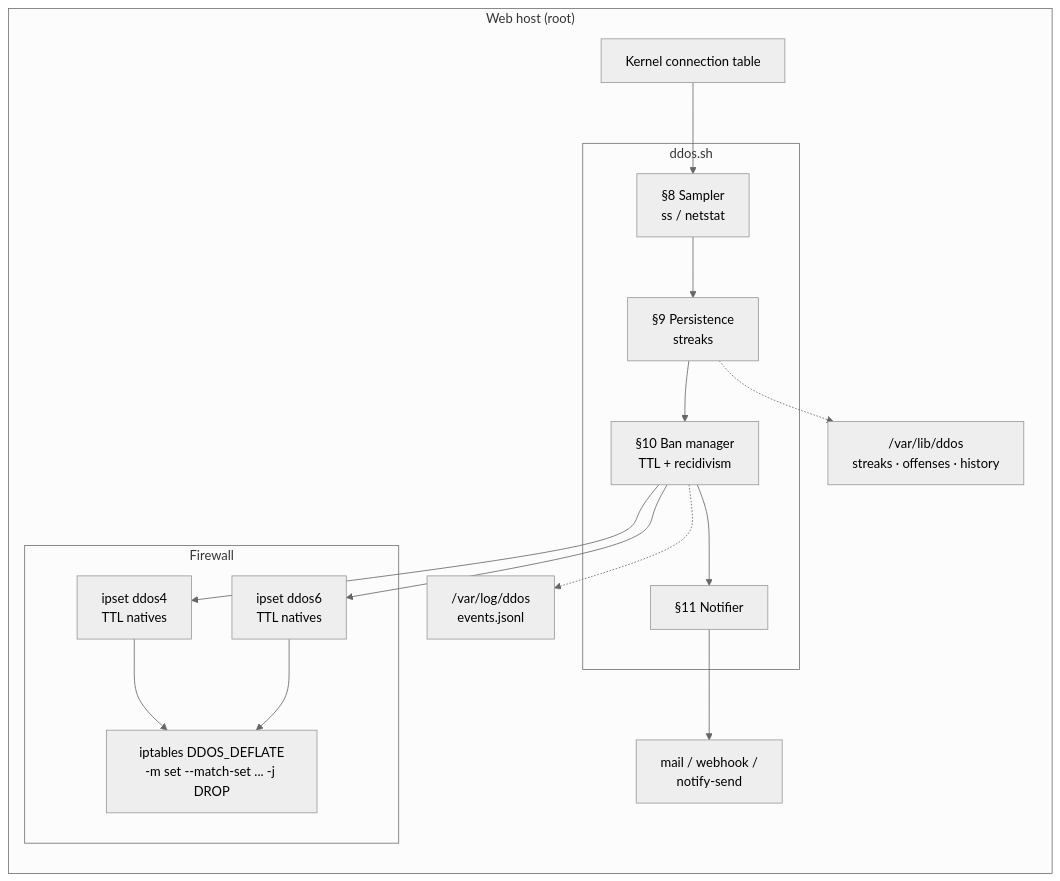
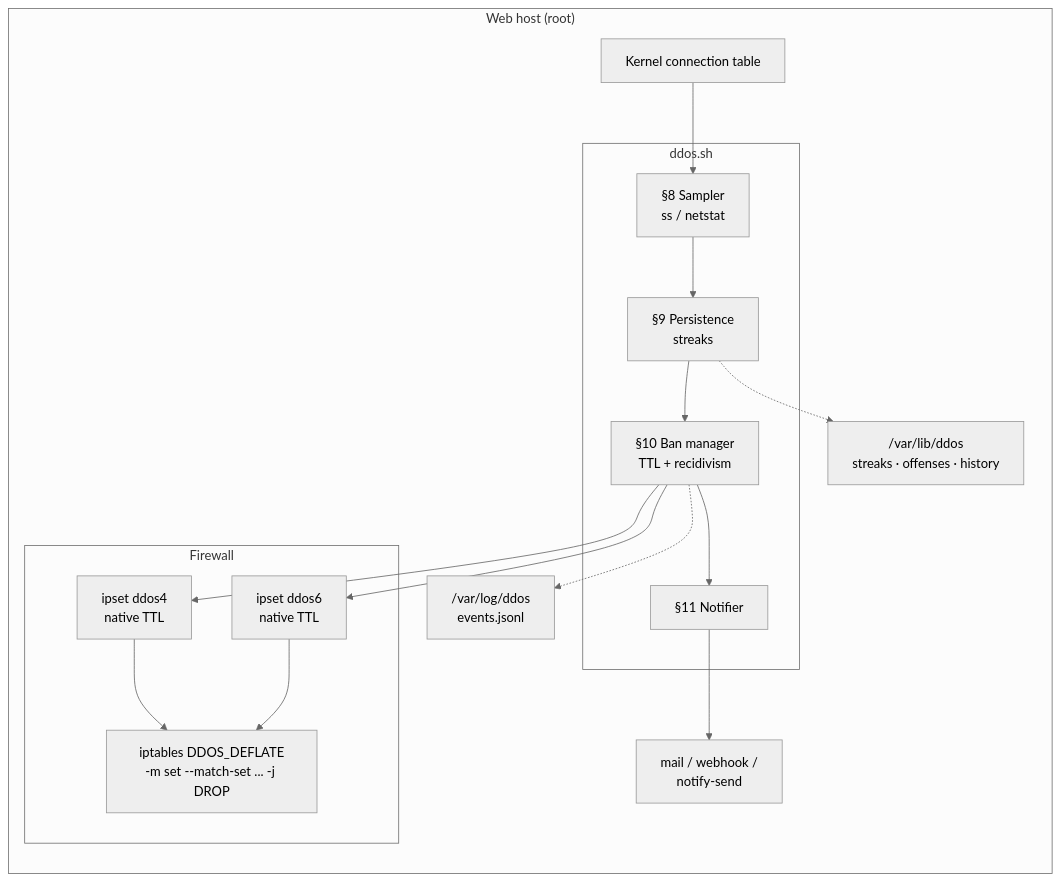
One commit to DoTMob/Deflate_1st_difi_v1 changed the second of 2 diagrams in README.md. Above: the diagram before and after it, drawn with Mermaid (neutral theme). The commit also changed other lines of this file, not shown here.

````diff
--- a/README.md
+++ b/README.md
@@ -127,24 +155,24 @@
 ```mermaid
 flowchart LR
     subgraph Host["Web host (root)"]
         KT["Kernel connection table"]
         subgraph D["ddos.sh"]
             SM["§8 Sampler<br/>ss / netstat"]
             PT["§9 Persistence<br/>streaks"]
             BM["§10 Ban manager<br/>TTL + recidivism"]
             NO["§11 Notifier"]
         end
         subgraph FW["Firewall"]
-            S4["ipset ddos4<br/>TTL natives"]
-            S6["ipset ddos6<br/>TTL natives"]
+            S4["ipset ddos4<br/>native TTL"]
+            S6["ipset ddos6<br/>native TTL"]
             CH["iptables DDOS_DEFLATE<br/>-m set --match-set ... -j DROP"]
         end
         ST["/var/lib/ddos<br/>streaks · offenses · history"]
         EV["/var/log/ddos<br/>events.jsonl"]
         AL["mail / webhook /<br/>notify-send"]
     end
     KT --> SM --> PT --> BM --> S4 & S6 --> CH
     BM --> NO --> AL
     BM -.-> EV
     PT -.-> ST
 ```
````
